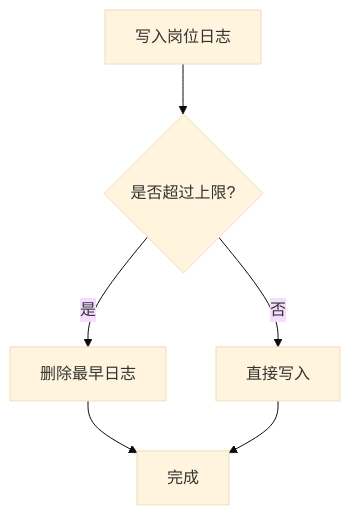
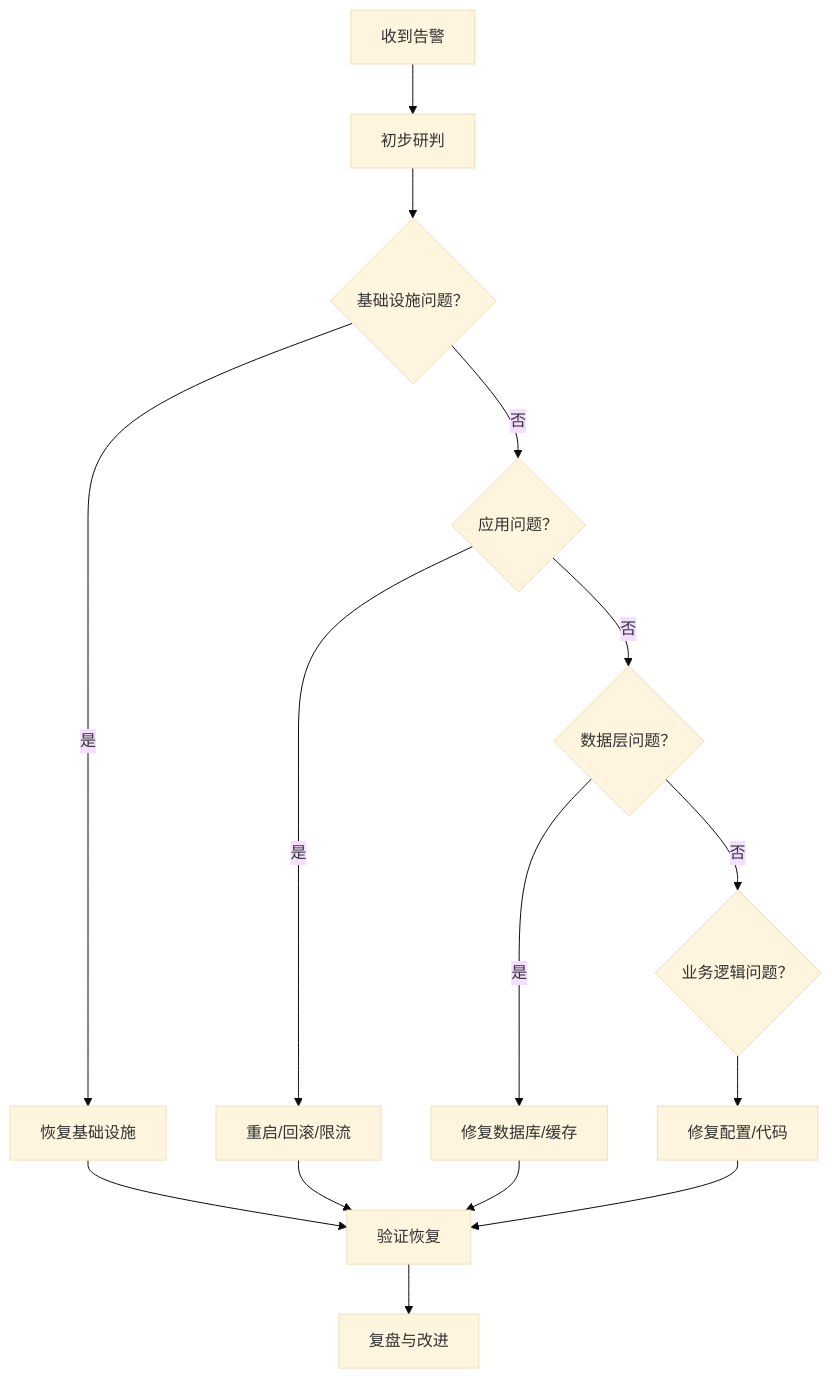
Before and after one commit to alvinwangzi/goodhr: the third of 4 diagrams in .qoder/repowiki/zh/content/部署指南/生产环境部署/监控告警与备份恢复.md, drawn with Mermaid (base theme). The commit also changed other lines of this file and 149 other files, not shown here.

````diff
--- a/.qoder/repowiki/zh/content/部署指南/生产环境部署/监控告警与备份恢复.md
+++ b/.qoder/repowiki/zh/content/部署指南/生产环境部署/监控告警与备份恢复.md
@@ -218,8 +229,17 @@
 ```mermaid
 flowchart TD
-A["写入岗位日志"] --> B{"是否超过上限?"}
-B --> |是| C["删除最早日志"]
-B --> |否| D["直接写入"]
-C --> E["完成"]
-D --> E
+Start["收到告警"] --> Triage["初步研判"]
+Triage --> Infra{"基础设施问题？"}
+Infra --> |是| InfraFix["恢复基础设施"]
+Infra --> |否| App{"应用问题？"}
+App --> |是| AppFix["重启/回滚/限流"]
+App --> |否| Data{"数据层问题？"}
+Data --> |是| DataFix["修复数据库/缓存"]
+Data --> |否| Biz{"业务逻辑问题？"}
+Biz --> BizFix["修复配置/代码"]
+InfraFix --> Verify["验证恢复"]
+AppFix --> Verify
+DataFix --> Verify
+BizFix --> Verify
+Verify --> Postmortem["复盘与改进"]
 ```
````
